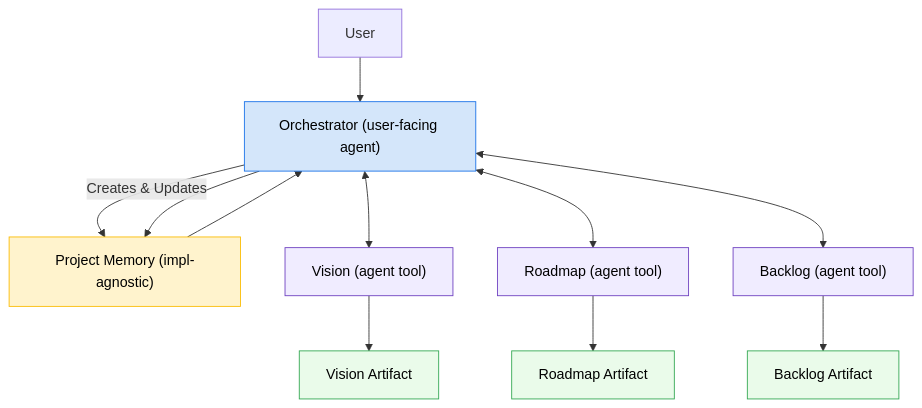
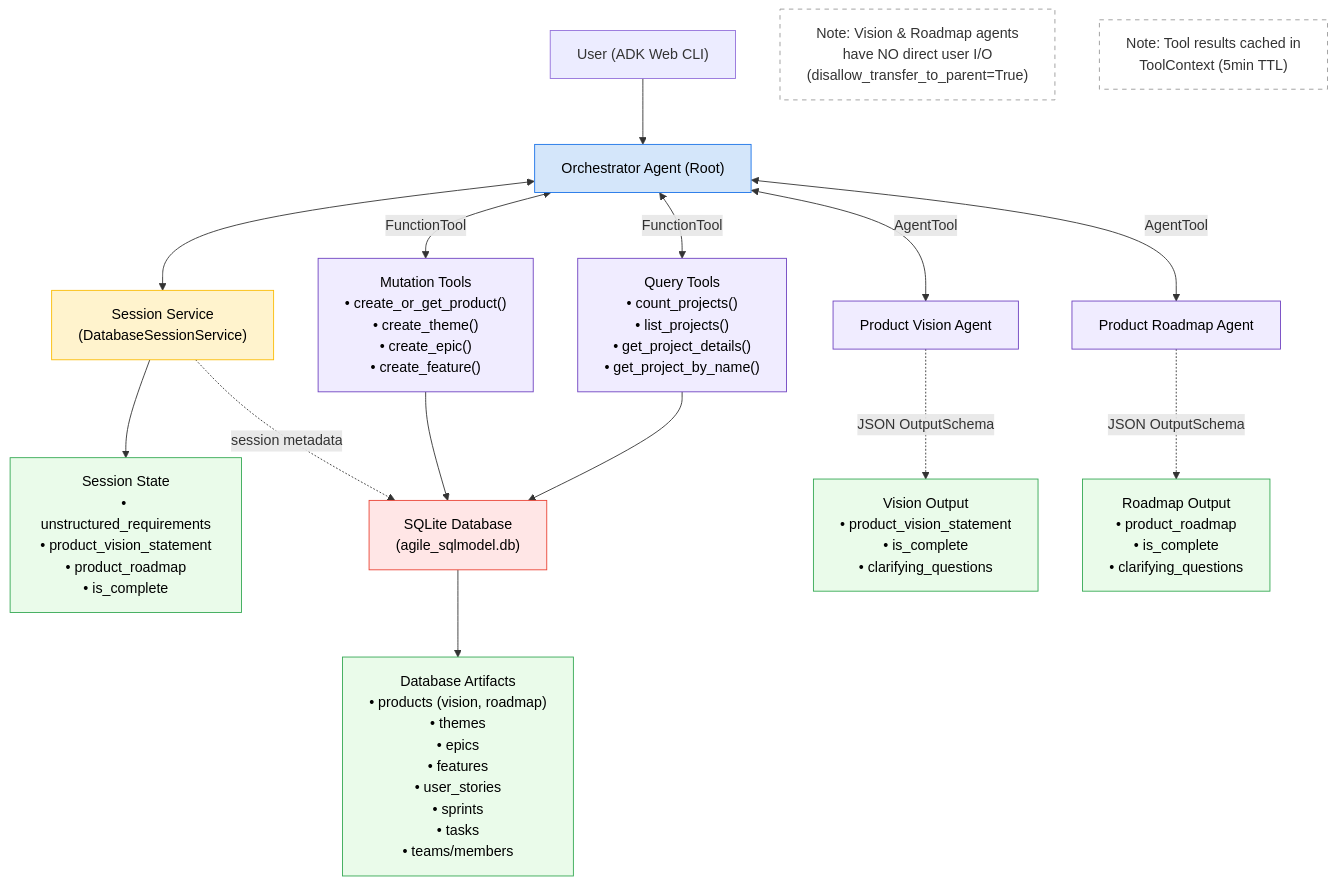
Before and after one commit to arduinitavares/project_tcc: the diagram in scrum_agentic_system.mmd, drawn with Mermaid.

Commit message:
Enhance flowchart structure by refining user interaction, session state management, and adding detailed notes for agent outputs and tool caching

```diff
--- a/scrum_agentic_system.mmd
+++ b/scrum_agentic_system.mmd
@@ -1,22 +1,42 @@
 flowchart TD
   classDef agent fill:#d4e6fa,stroke:#1a73e8,color:#000
   classDef tool fill:#f0ecff,stroke:#6f42c1,color:#000
   classDef artifact fill:#eafbea,stroke:#34a853,color:#000
   classDef store fill:#fff3cd,stroke:#fbbc05,color:#000
+  classDef db fill:#ffe6e6,stroke:#ea4335,color:#000
 
-  U["User"] --> O["Orchestrator (user-facing agent)"]:::agent
-  O -->|Creates & Updates| M["Project Memory (impl-agnostic)"]:::store
+  %% User interaction
+  U["User (ADK Web CLI)"] --> O["Orchestrator Agent (Root)"]:::agent
+  
+  %% Session state management
+  O <--> SS["Session Service<br/>(DatabaseSessionService)"]:::store
+  SS --> SST["Session State<br/>• unstructured_requirements<br/>• product_vision_statement<br/>• product_roadmap<br/>• is_complete"]:::artifact
 
-  %% Toolized stages (no direct user I/O)
-  O <--> Vt["Vision (agent tool)"]:::tool
-  Vt --> Va["Vision Artifact"]:::artifact
+  %% Sub-agents as tools
+  O <-->|AgentTool| VA["Product Vision Agent"]:::tool
+  O <-->|AgentTool| RA["Product Roadmap Agent"]:::tool
 
-  O <--> Rt["Roadmap (agent tool)"]:::tool
-  Rt --> Ra["Roadmap Artifact"]:::artifact
+  %% Database query tools (FunctionTool)
+  O <-->|FunctionTool| QT["Query Tools<br/>• count_projects()<br/>• list_projects()<br/>• get_project_details()<br/>• get_project_by_name()"]:::tool
+  
+  %% Database mutation tools (FunctionTool)
+  O <-->|FunctionTool| MT["Mutation Tools<br/>• create_or_get_product()<br/>• create_theme()<br/>• create_epic()<br/>• create_feature()"]:::tool
 
-  O <--> Bt["Backlog (agent tool)"]:::tool
-  Bt --> Ba["Backlog Artifact"]:::artifact
+  %% SQLite persistence
+  QT --> DB["SQLite Database<br/>(agile_sqlmodel.db)"]:::db
+  MT --> DB
+  SS -.->|session metadata| DB
 
-  %% Persistence is orchestrator-owned
-  O --> M
-  M --> O
+  %% Database artifacts
+  DB --> DBA["Database Artifacts<br/>• products (vision, roadmap)<br/>• themes<br/>• epics<br/>• features<br/>• user_stories<br/>• sprints<br/>• tasks<br/>• teams/members"]:::artifact
+
+  %% Agent outputs
+  VA -.->|JSON OutputSchema| VOut["Vision Output<br/>• product_vision_statement<br/>• is_complete<br/>• clarifying_questions"]:::artifact
+  RA -.->|JSON OutputSchema| ROut["Roadmap Output<br/>• product_roadmap<br/>• is_complete<br/>• clarifying_questions"]:::artifact
+
+  %% Flow notes
+  Note1["Note: Vision & Roadmap agents<br/>have NO direct user I/O<br/>(disallow_transfer_to_parent=True)"]
+  Note2["Note: Tool results cached in<br/>ToolContext (5min TTL)"]
+  
+  style Note1 fill:#fff,stroke:#999,stroke-dasharray: 5 5
+  style Note2 fill:#fff,stroke:#999,stroke-dasharray: 5 5
```
